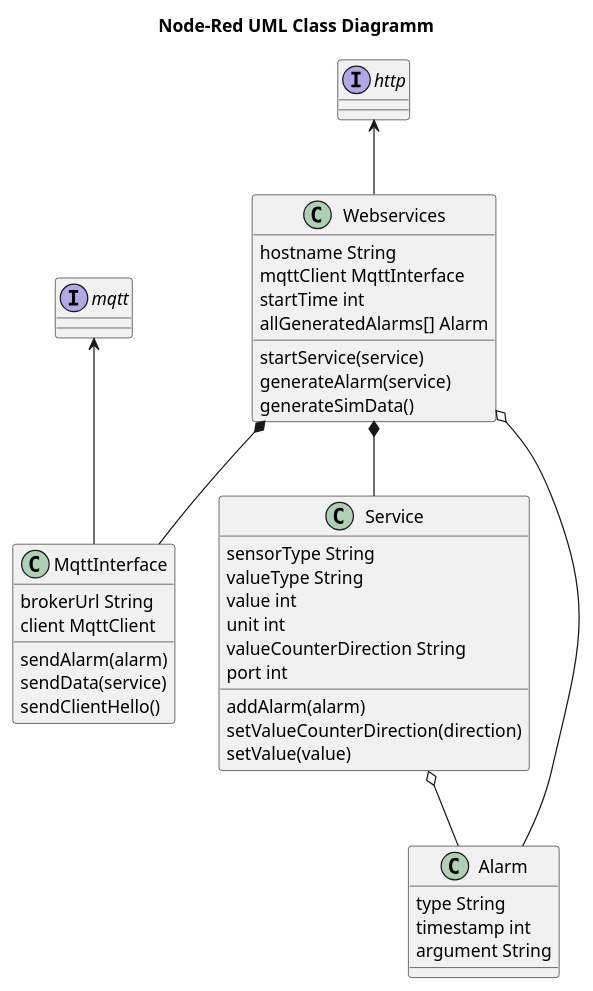
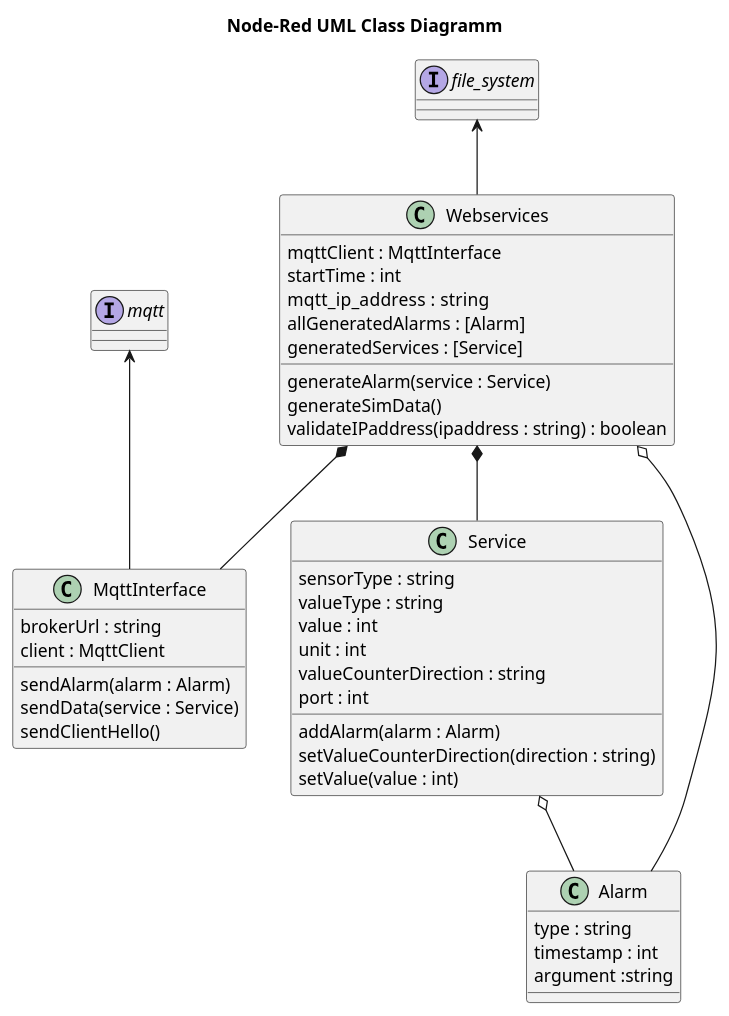
One commit to appist-dev/agteletud-node-red changed the diagram in docs/uml/node-red_class.puml. Above: the diagram before and after it, drawn with PlantUML. The commit also changed 3 other files, not shown here.

Commit message:
remove redundant http from project, update readme with useful information, update class diagram, restructure code, add file_system as interface, add functionality for user defined mqtt-ip-address for node-red mqtt server

```diff
--- a/docs/uml/node-red_class.puml
+++ b/docs/uml/node-red_class.puml
@@ -1,44 +1,43 @@
 @startuml
 
 title "Node-Red UML Class Diagramm"
 
 Webservices *-- Service
-http <-- Webservices
-interface http
+file_system <-- Webservices
+interface file_system
 Webservices o-- Alarm
 Service o-- Alarm
 Webservices *-- MqttInterface
 mqtt <-- MqttInterface
 interface mqtt
 
+Webservices : mqttClient : MqttInterface
+Webservices : startTime : int
+Webservices : mqtt_ip_address :  string
+Webservices : allGeneratedAlarms : [Alarm]
+Webservices : generatedServices : [Service]
+Webservices : generateAlarm(service : Service)
+Webservices : generateSimData()
+Webservices : validateIPaddress(ipaddress : string) : boolean
 
-Webservices : hostname String
-Webservices : mqttClient MqttInterface
-Webservices : startTime int
-Webservices : allGeneratedAlarms[] Alarm
-Webservices : startService(service)
-Webservices : generateAlarm(service)
-Webservices : generateSimData()
+Service : sensorType : string
+Service : valueType : string
+Service : value : int
+Service : unit : int
+Service : valueCounterDirection : string
+Service : port : int
+Service : addAlarm(alarm : Alarm)
+Service : setValueCounterDirection(direction : string)
+Service : setValue(value : int)
 
+Alarm : type : string
+Alarm : timestamp : int
+Alarm : argument :string
 
-Service : sensorType String
-Service : valueType String
-Service : value int
-Service : unit int
-Service : valueCounterDirection String
-Service : port int
-Service : addAlarm(alarm)
-Service : setValueCounterDirection(direction)
-Service : setValue(value)
-
-Alarm : type String
-Alarm : timestamp int
-Alarm : argument String
-
-MqttInterface : brokerUrl String
-MqttInterface : client MqttClient
-MqttInterface : sendAlarm(alarm)
-MqttInterface : sendData(service)
+MqttInterface : brokerUrl : string
+MqttInterface : client : MqttClient
+MqttInterface : sendAlarm(alarm : Alarm)
+MqttInterface : sendData(service : Service)
 MqttInterface : sendClientHello()
 
 @enduml
```
